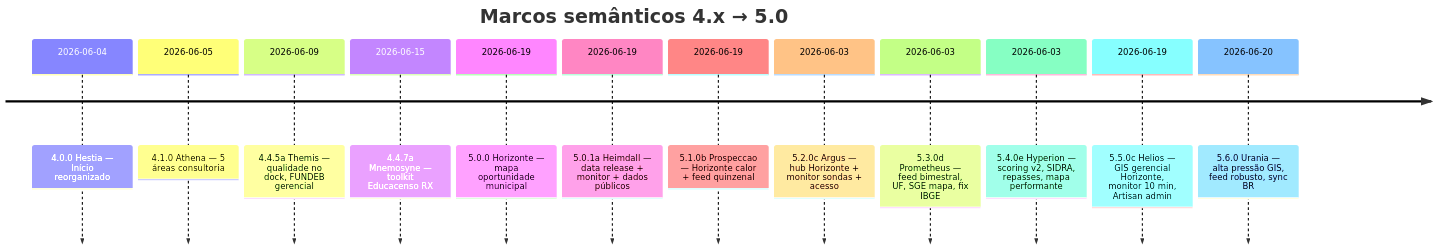
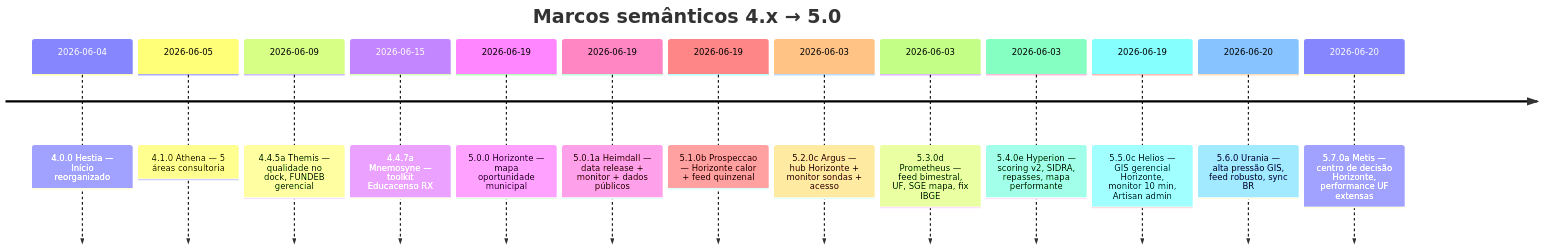
The diagram in docs/HISTORICO_VERSOES.md (JaderGabriel/serventec-servlitcys), drawn with Mermaid before and after one commit. The commit also changed other lines of this file and 20 other files, not shown here.

First line of the commit message:
Release 5.7.0 Metis: centro de decisão Horizonte e performance UF.

````diff
--- a/docs/HISTORICO_VERSOES.md
+++ b/docs/HISTORICO_VERSOES.md
@@ -20,16 +20,17 @@
 ```mermaid
 timeline
     title Marcos semânticos 4.x → 5.0
     2026-06-04 : 4.0.0 Hestia — Início reorganizado
     2026-06-05 : 4.1.0 Athena — 5 áreas consultoria
     2026-06-09 : 4.4.5a Themis — qualidade no dock, FUNDEB gerencial
     2026-06-15 : 4.4.7a Mnemosyne — toolkit Educacenso RX
     2026-06-19 : 5.0.0 Horizonte — mapa oportunidade municipal
     2026-06-19 : 5.0.1a Heimdall — data release + monitor + dados públicos
     2026-06-19 : 5.1.0b Prospeccao — Horizonte calor + feed quinzenal
     2026-06-03 : 5.2.0c Argus — hub Horizonte + monitor sondas + acesso
     2026-06-03 : 5.3.0d Prometheus — feed bimestral, UF, SGE mapa, fix IBGE
     2026-06-03 : 5.4.0e Hyperion — scoring v2, SIDRA, repasses, mapa performante
     2026-06-19 : 5.5.0c Helios — GIS gerencial Horizonte, monitor 10 min, Artisan admin
     2026-06-20 : 5.6.0 Urania — alta pressão GIS, feed robusto, sync BR
+    2026-06-20 : 5.7.0a Metis — centro de decisão Horizonte, performance UF extensas
 ```
````
